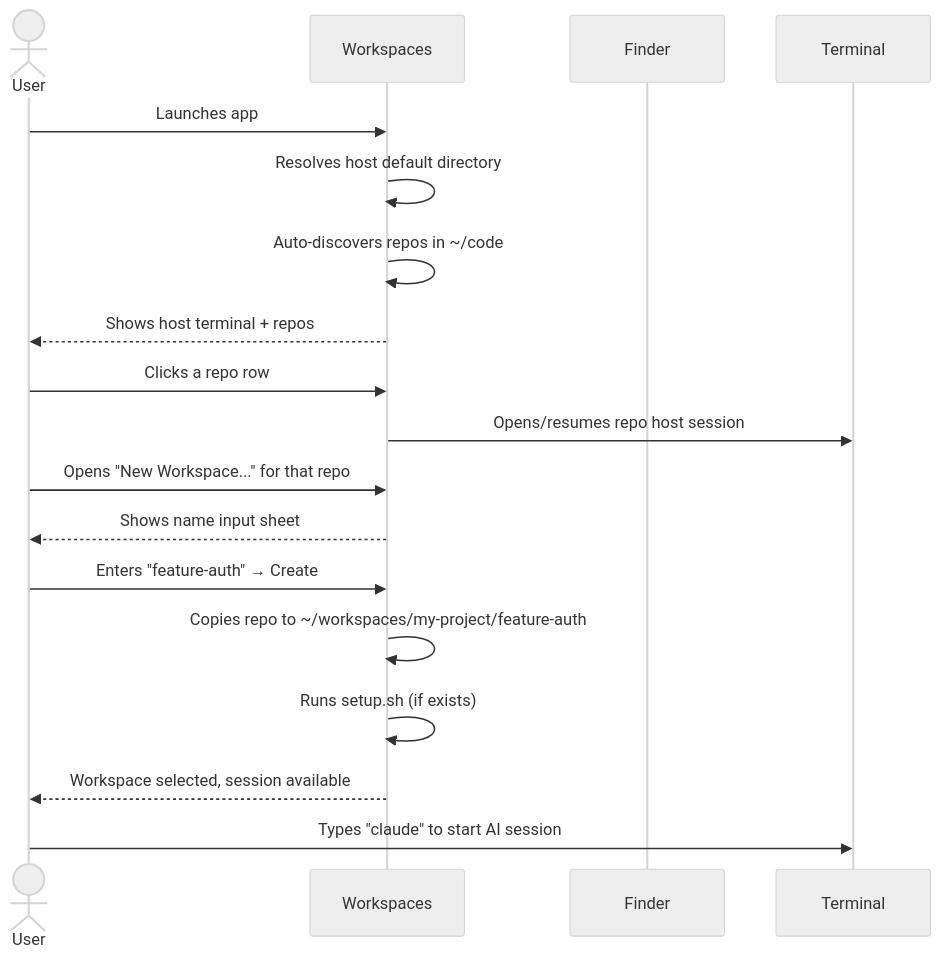
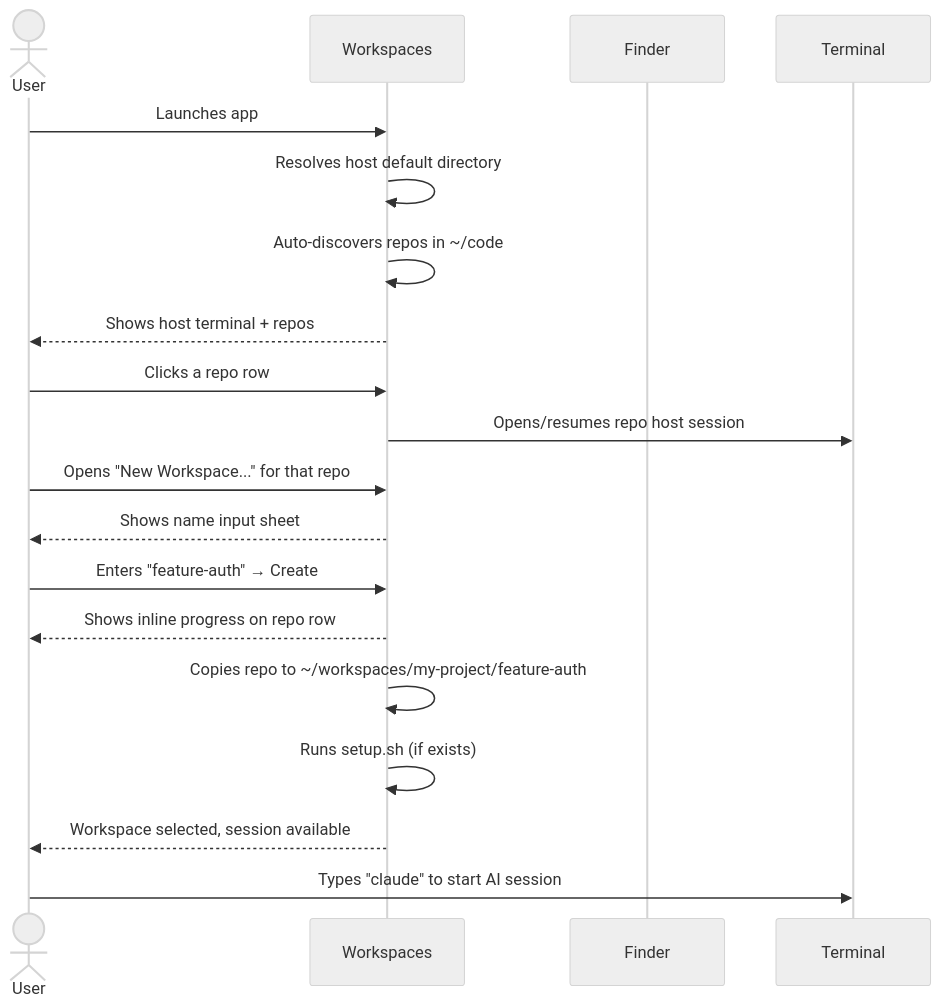
The first of 7 diagrams in docs/user-stories.md (fairchild/workspaces), drawn with Mermaid (neutral theme) before and after one commit. The commit also changed other lines of this file and 27 other files, not shown here.

````diff
--- a/docs/user-stories.md
+++ b/docs/user-stories.md
@@ -25,21 +28,22 @@
 ```mermaid
 sequenceDiagram
     actor User
     participant App as Workspaces
     participant Finder
     participant Terminal
 
     User->>App: Launches app
     App->>App: Resolves host default directory
     App->>App: Auto-discovers repos in ~/code
     App-->>User: Shows host terminal + repos
     User->>App: Clicks a repo row
     App->>Terminal: Opens/resumes repo host session
     User->>App: Opens "New Workspace..." for that repo
     App-->>User: Shows name input sheet
     User->>App: Enters "feature-auth" → Create
+    App-->>User: Shows inline progress on repo row
     App->>App: Copies repo to ~/workspaces/my-project/feature-auth
     App->>App: Runs setup.sh (if exists)
     App-->>User: Workspace selected, session available
     User->>Terminal: Types "claude" to start AI session
 ```
````
